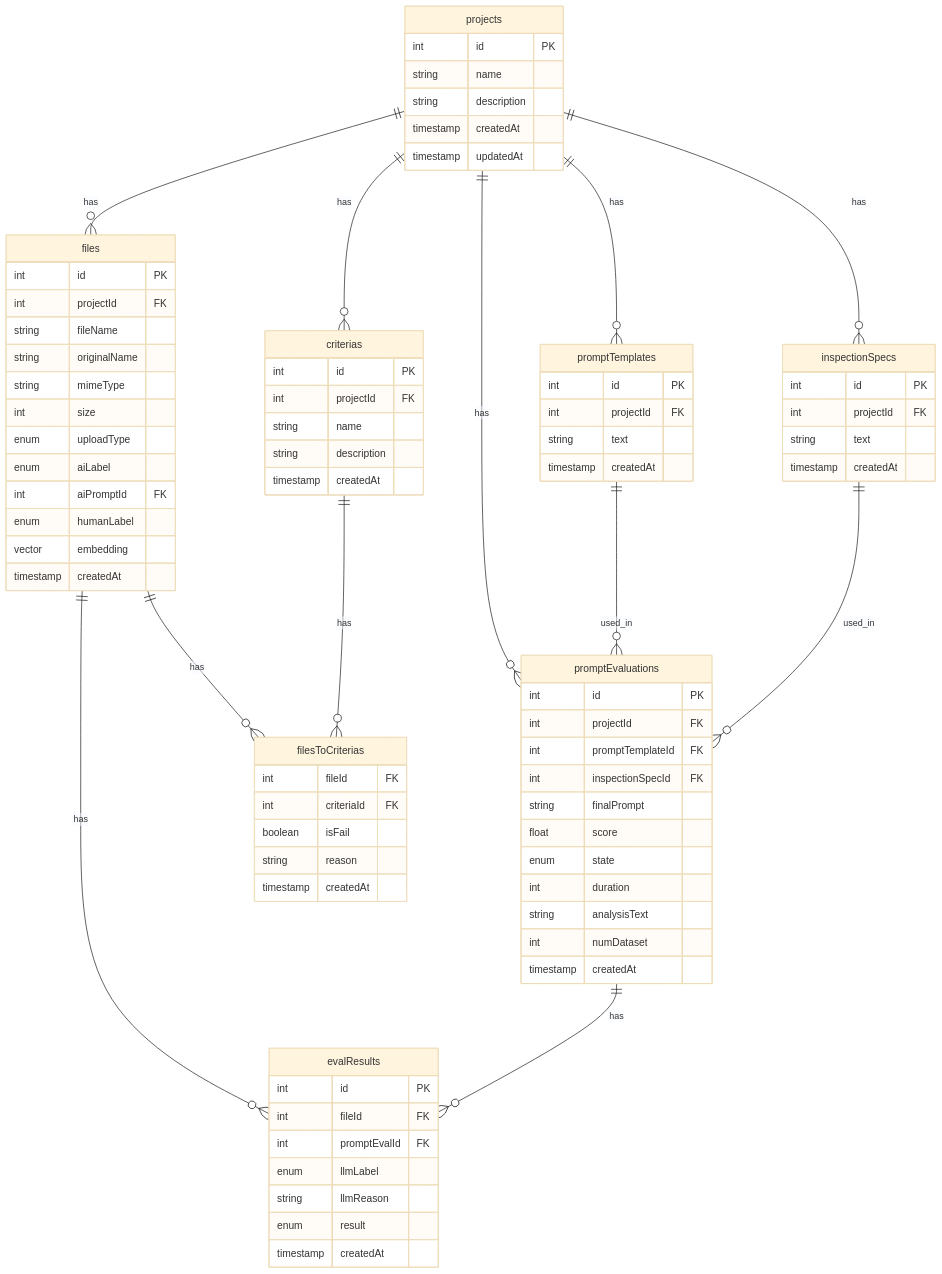
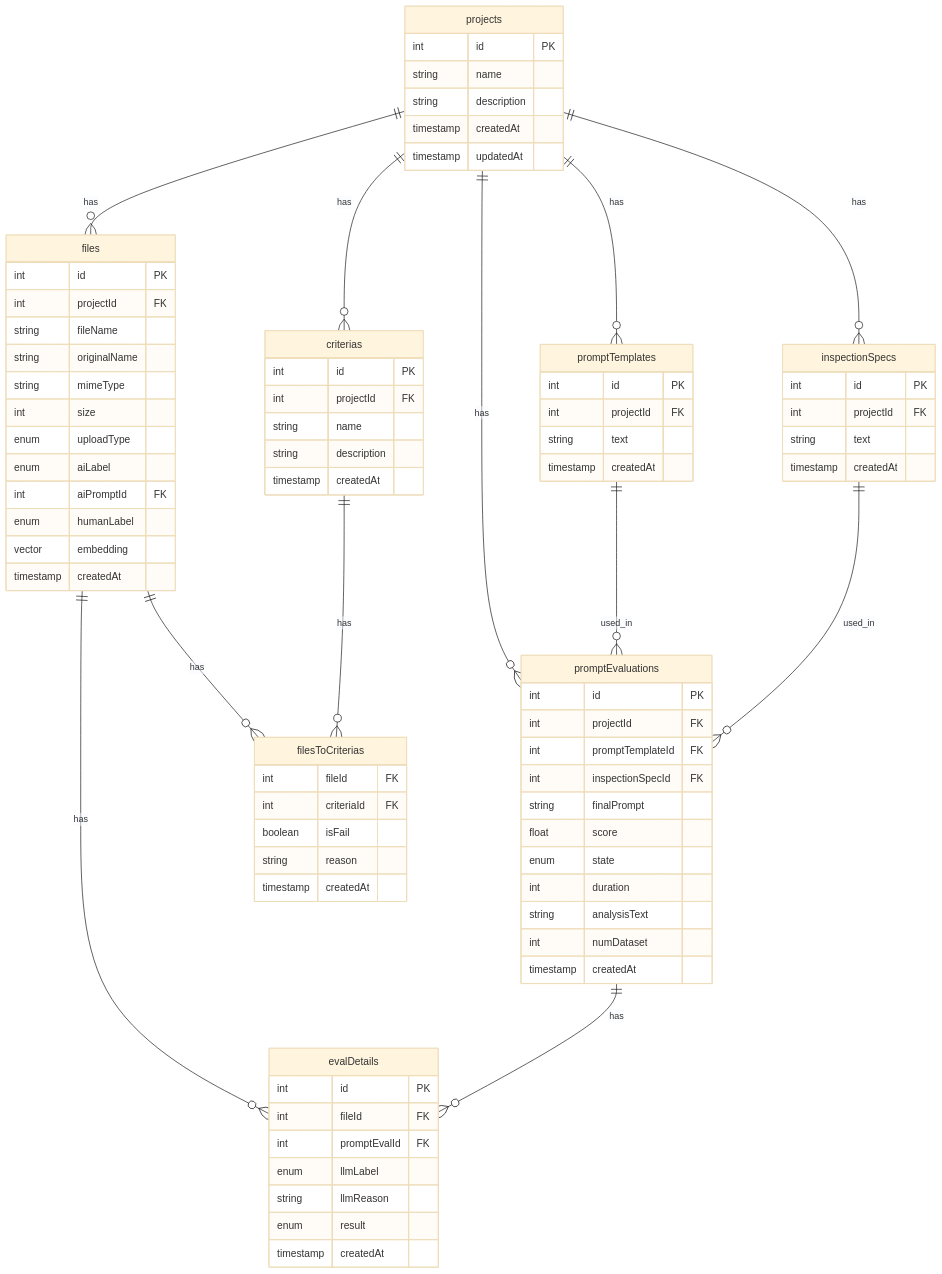
One commit to msrks/llmbox changed the diagram in README.md. Above: the diagram before and after it, drawn with Mermaid (base theme). The commit also changed 15 other files, not shown here.

```diff
--- a/README.md
+++ b/README.md
@@ -52,7 +52,7 @@
     }
 
     files ||--o{ filesToCriterias : "has"
-    files ||--o{ evalResults : "has"
+    files ||--o{ evalDetails : "has"
     files {
         int id PK
         int projectId FK
@@ -101,7 +101,7 @@
         timestamp createdAt
     }
 
-    promptEvaluations ||--o{ evalResults : "has"
+    promptEvaluations ||--o{ evalDetails : "has"
     promptEvaluations {
         int id PK
         int projectId FK
@@ -116,7 +116,7 @@
         timestamp createdAt
     }
 
-    evalResults {
+    evalDetails {
         int id PK
         int fileId FK
         int promptEvalId FK
```
